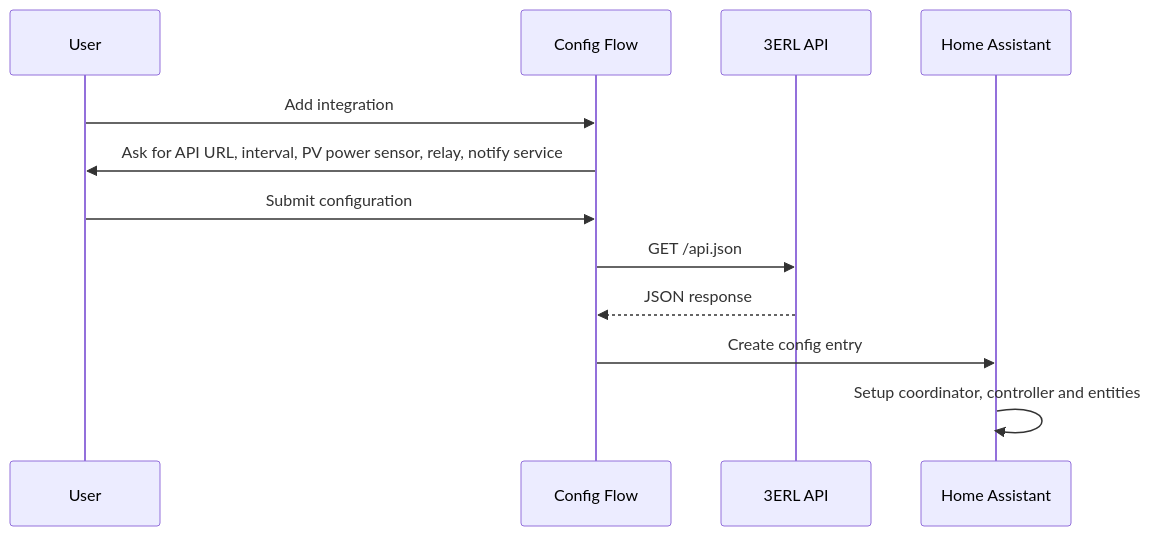
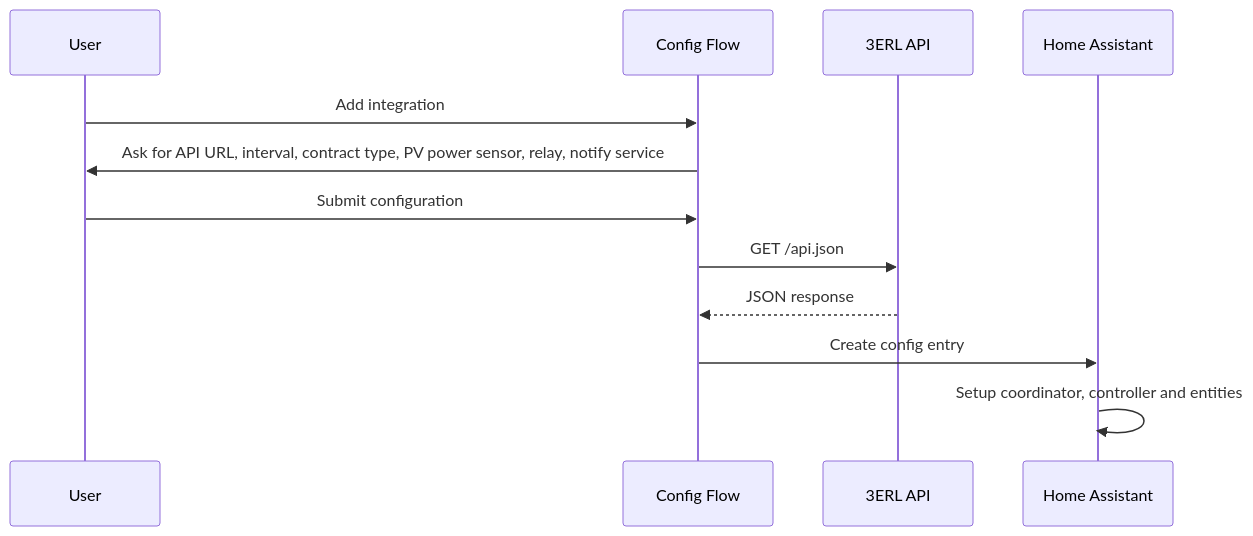
One commit to gounick/ha-zero-inject-3erl changed the third of 6 diagrams in WORKFLOW.md. Above: the diagram before and after it, drawn with Mermaid. The commit also changed other lines of this file and 19 other files, not shown here.

````diff
--- a/WORKFLOW.md
+++ b/WORKFLOW.md
@@ -31,15 +46,15 @@
 ```mermaid
 sequenceDiagram
     participant U as User
     participant CF as Config Flow
     participant API as 3ERL API
     participant HA as Home Assistant
 
     U->>CF: Add integration
-    CF->>U: Ask for API URL, interval, PV power sensor, relay, notify service
+    CF->>U: Ask for API URL, interval, contract type, PV power sensor, relay, notify service
     U->>CF: Submit configuration
     CF->>API: GET /api.json
     API-->>CF: JSON response
     CF->>HA: Create config entry
     HA->>HA: Setup coordinator, controller and entities
 ```
````
